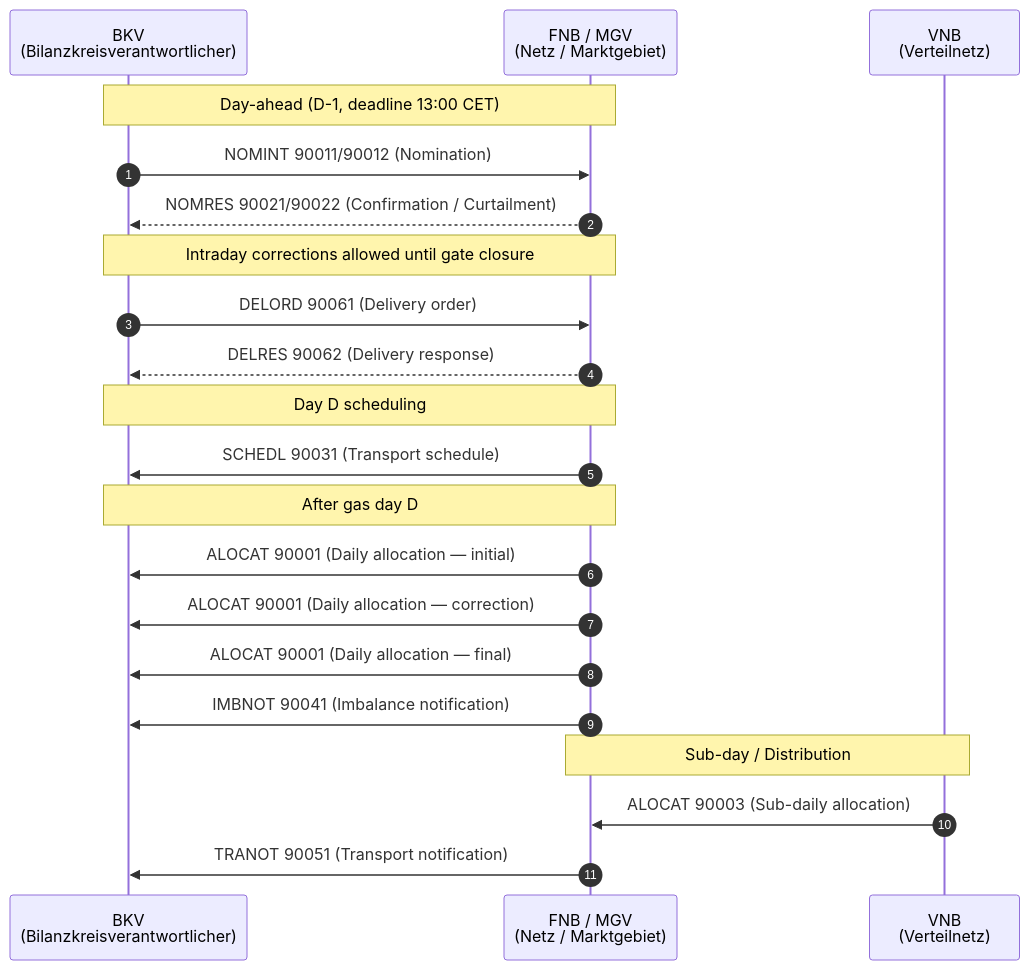
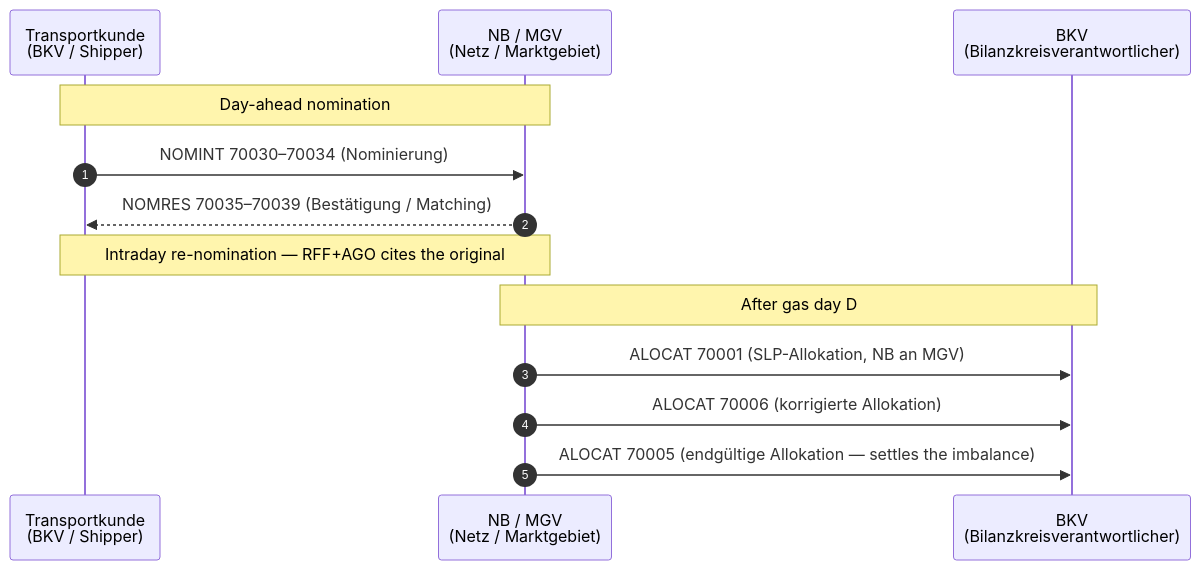
The diagram in crates/mako-gabi-gas/README.md (hupe1980/mako), drawn with Mermaid before and after one commit. The commit also changed other lines of this file and 118 other files, not shown here.

````diff
--- a/crates/mako-gabi-gas/README.md
+++ b/crates/mako-gabi-gas/README.md
@@ -12,28 +12,18 @@
 ```mermaid
 sequenceDiagram
     autonumber
+    participant TK as Transportkunde<br/>(BKV / Shipper)
+    participant NB as NB / MGV<br/>(Netz / Marktgebiet)
     participant BKV as BKV<br/>(Bilanzkreis­verantwortlicher)
-    participant FNB as FNB / MGV<br/>(Netz / Marktgebiet)
-    participant VNB as VNB<br/>(Verteilnetz)
 
-    Note over BKV,FNB: Day-ahead (D-1, deadline 13:00 CET)
-    BKV->>FNB: NOMINT 90011/90012 (Nomination)
-    FNB-->>BKV: NOMRES 90021/90022 (Confirmation / Curtailment)
+    Note over TK,NB: Day-ahead nomination
+    TK->>NB: NOMINT 70030–70034 (Nominierung)
+    NB-->>TK: NOMRES 70035–70039 (Bestätigung / Matching)
 
-    Note over FNB,BKV: Intraday corrections allowed until gate closure
-    BKV->>FNB: DELORD 90061 (Delivery order)
-    FNB-->>BKV: DELRES 90062 (Delivery response)
+    Note over TK,NB: Intraday re-nomination — RFF+AGO cites the original
 
-    Note over FNB,BKV: Day D scheduling
-    FNB->>BKV: SCHEDL 90031 (Transport schedule)
-
-    Note over FNB,BKV: After gas day D
-    FNB->>BKV: ALOCAT 90001 (Daily allocation — initial)
-    FNB->>BKV: ALOCAT 90001 (Daily allocation — correction)
-    FNB->>BKV: ALOCAT 90001 (Daily allocation — final)
-    FNB->>BKV: IMBNOT 90041 (Imbalance notification)
-
-    Note over VNB,FNB: Sub-day / Distribution
-    VNB->>FNB: ALOCAT 90003 (Sub-daily allocation)
-    FNB->>BKV: TRANOT 90051 (Transport notification)
+    Note over NB,BKV: After gas day D
+    NB->>BKV: ALOCAT 70001 (SLP-Allokation, NB an MGV)
+    NB->>BKV: ALOCAT 70006 (korrigierte Allokation)
+    NB->>BKV: ALOCAT 70005 (endgültige Allokation — settles the imbalance)
 ```
````
